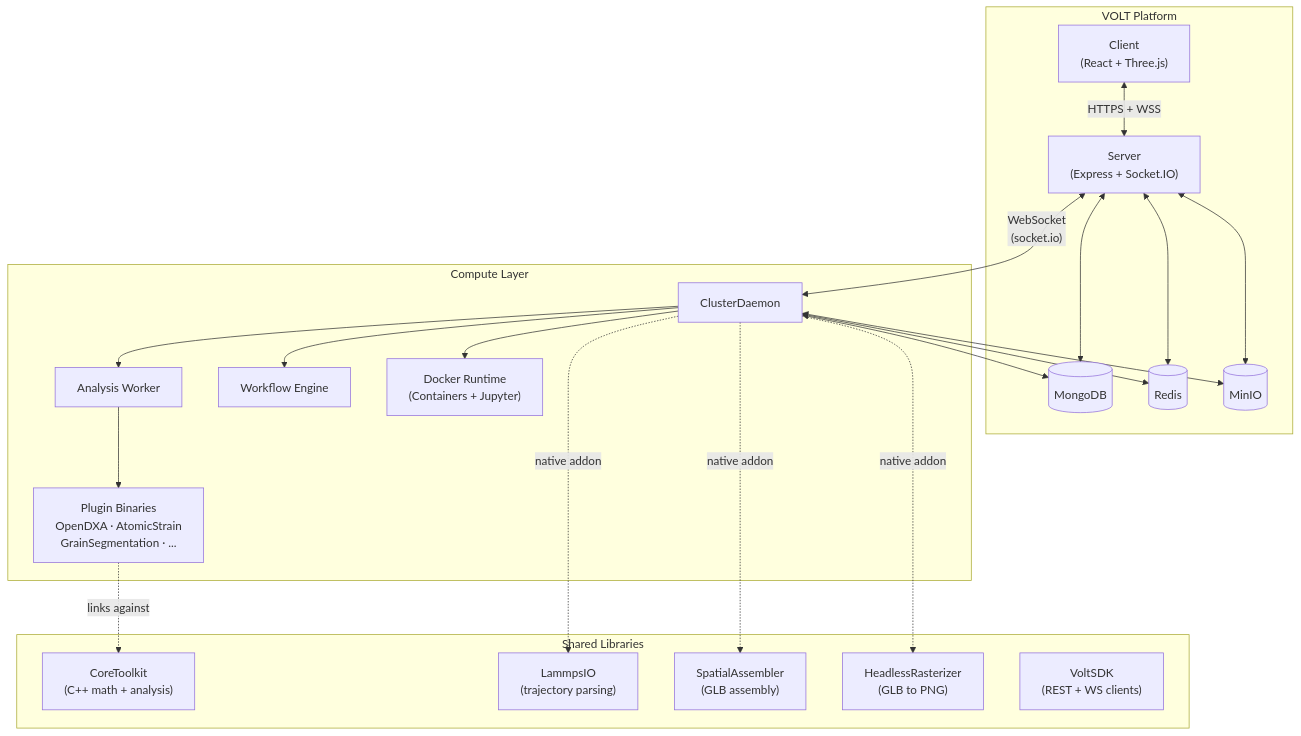
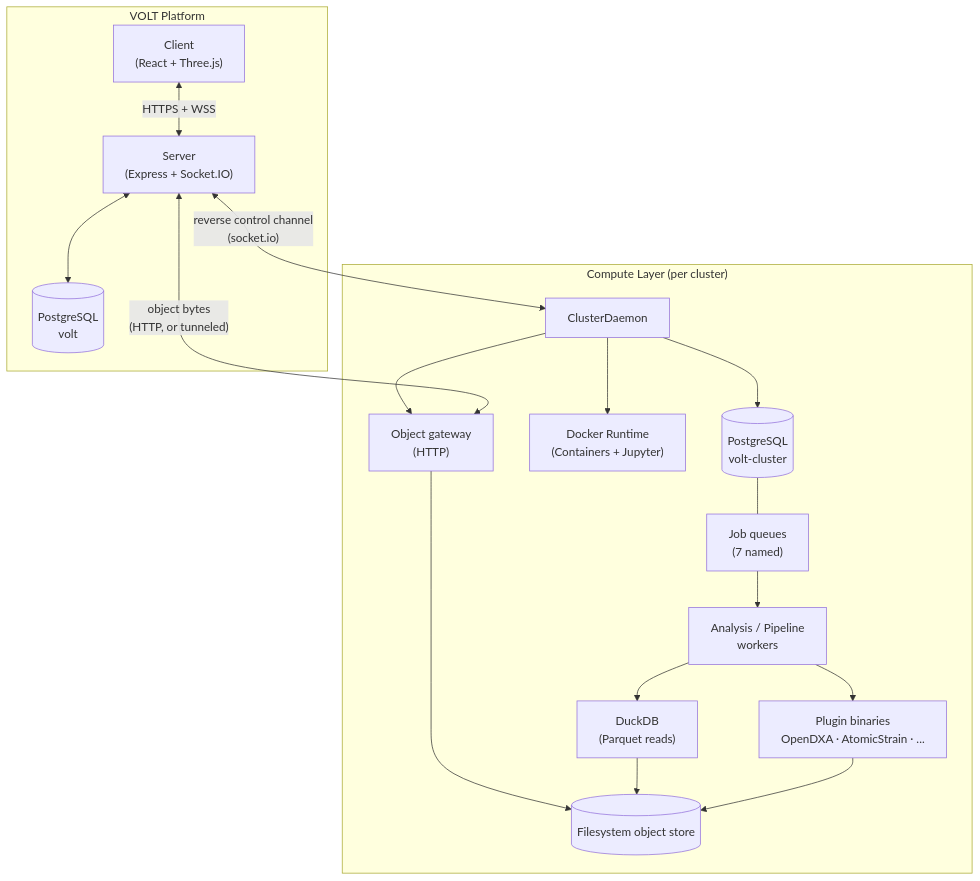
Before and after one commit to VoltLabs-Research/docs.voltcloud.dev: the first of 2 diagrams in content/docs/architecture.mdx, drawn with Mermaid. The commit also changed other lines of this file and 27 other files, not shown here.

````diff
--- a/content/docs/architecture.mdx
+++ b/content/docs/architecture.mdx
@@ -18,43 +18,36 @@
 ```mermaid
 graph TB
     subgraph Platform["VOLT Platform"]
         Client["Client\n(React + Three.js)"]
         Server["Server\n(Express + Socket.IO)"]
-        MongoDB[(MongoDB)]
-        Redis[(Redis)]
-        MinIO[(MinIO)]
+        ServerDB[(PostgreSQL\nvolt)]
         Client <-->|"HTTPS + WSS"| Server
-        Server <--> MongoDB
-        Server <--> Redis
-        Server <--> MinIO
+        Server <--> ServerDB
     end
 
-    subgraph Compute["Compute Layer"]
+    subgraph Compute["Compute Layer (per cluster)"]
         Daemon["ClusterDaemon"]
-        Worker["Analysis Worker"]
-        Workflow["Workflow Engine"]
+        DaemonDB[(PostgreSQL\nvolt-cluster)]
+        Queues["Job queues\n(7 named)"]
+        Worker["Analysis / Pipeline\nworkers"]
         Docker["Docker Runtime\n(Containers + Jupyter)"]
-        Plugins["Plugin Binaries\nOpenDXA · AtomicStrain\nGrainSegmentation · ..."]
-        Daemon --> Worker
-        Daemon --> Workflow
+        Plugins["Plugin binaries\nOpenDXA · AtomicStrain · ..."]
+        Gateway["Object gateway\n(HTTP)"]
+        Store[("Filesystem object store")]
+        Duck["DuckDB\n(Parquet reads)"]
+
+        Daemon --> DaemonDB
         Daemon --> Docker
+        Daemon --> Gateway
+        DaemonDB --- Queues
+        Queues --> Worker
         Worker --> Plugins
+        Worker --> Duck
+        Gateway --> Store
+        Duck --> Store
+        Plugins --> Store
     end
 
-    subgraph Libraries["Shared Libraries"]
-        CoreToolkit["CoreToolkit\n(C++ math + analysis)"]
-        LammpsIO["LammpsIO\n(trajectory parsing)"]
-        SpatialAssembler["SpatialAssembler\n(GLB assembly)"]
-        HeadlessRasterizer["HeadlessRasterizer\n(GLB to PNG)"]
-        VoltSDK["VoltSDK\n(REST + WS clients)"]
-    end
-
-    Server <-->|"WebSocket\n(socket.io)"| Daemon
-    Daemon <--> MinIO
-    Daemon <--> MongoDB
-    Daemon <--> Redis
-    Plugins -.->|"links against"| CoreToolkit
-    Daemon -.->|"native addon"| LammpsIO
-    Daemon -.->|"native addon"| SpatialAssembler
-    Daemon -.->|"native addon"| HeadlessRasterizer
+    Server <-->|"reverse control channel\n(socket.io)"| Daemon
+    Server <-->|"object bytes\n(HTTP, or tunneled)"| Gateway
 ```
````
